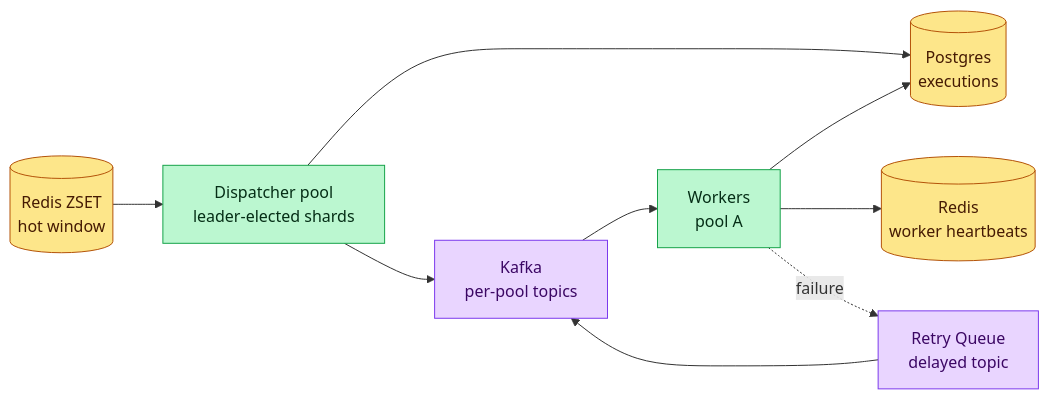
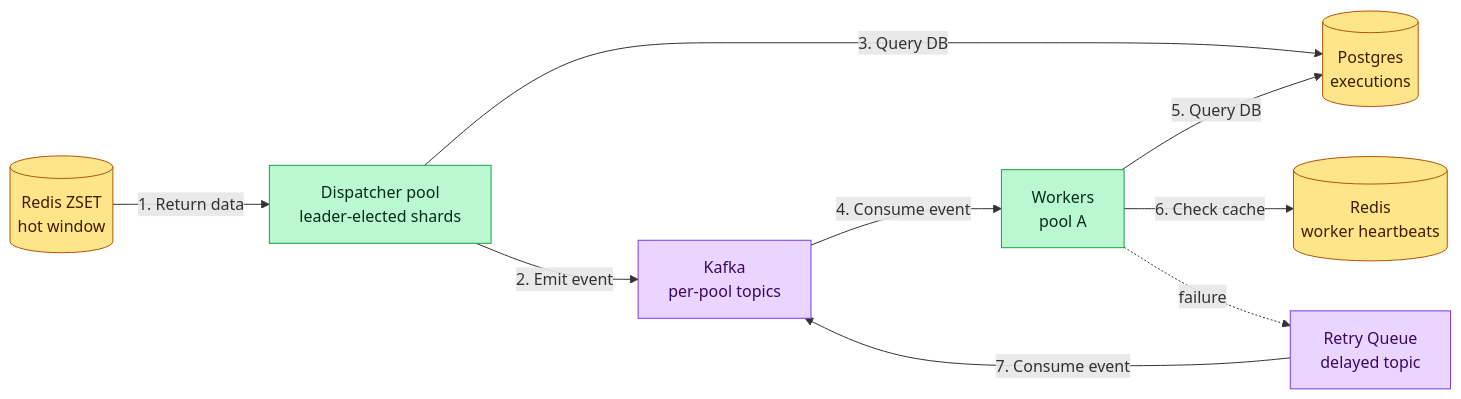
Before and after one commit to iluzn/HLD-Designs: the fourth of 11 diagrams in content/hld/JobScheduler.md, drawn with Mermaid. The commit also changed other lines of this file and 27 other files, not shown here.

````diff
--- a/content/hld/JobScheduler.md
+++ b/content/hld/JobScheduler.md
@@ -304,23 +304,23 @@
 ```mermaid
 flowchart LR
     CACHE[("Redis ZSET<br/>hot window")]:::data
     DISPATCH["Dispatcher pool<br/>leader-elected shards"]:::service
     KAFKA["Kafka<br/>per-pool topics"]:::async
     WORKER["Workers<br/>pool A"]:::service
     EXEC[("Postgres<br/>executions")]:::data
     HEARTBEAT[("Redis<br/>worker heartbeats")]:::data
     RETRY["Retry Queue<br/>delayed topic"]:::async
 
-    CACHE --> DISPATCH
-    DISPATCH --> KAFKA
-    DISPATCH --> EXEC
-    KAFKA --> WORKER
-    WORKER --> EXEC
-    WORKER --> HEARTBEAT
+    CACHE -->|"1. Return data"| DISPATCH
+    DISPATCH -->|"2. Emit event"| KAFKA
+    DISPATCH -->|"3. Query DB"| EXEC
+    KAFKA -->|"4. Consume event"| WORKER
+    WORKER -->|"5. Query DB"| EXEC
+    WORKER -->|"6. Check cache"| HEARTBEAT
     WORKER -.failure.-> RETRY
-    RETRY --> KAFKA
+    RETRY -->|"7. Consume event"| KAFKA
 
     classDef service fill:#bbf7d0,stroke:#16a34a,color:#052e16
     classDef async fill:#e9d5ff,stroke:#7c3aed,color:#3b0764
     classDef data fill:#fde68a,stroke:#b45309,color:#451a03
 ```
````
